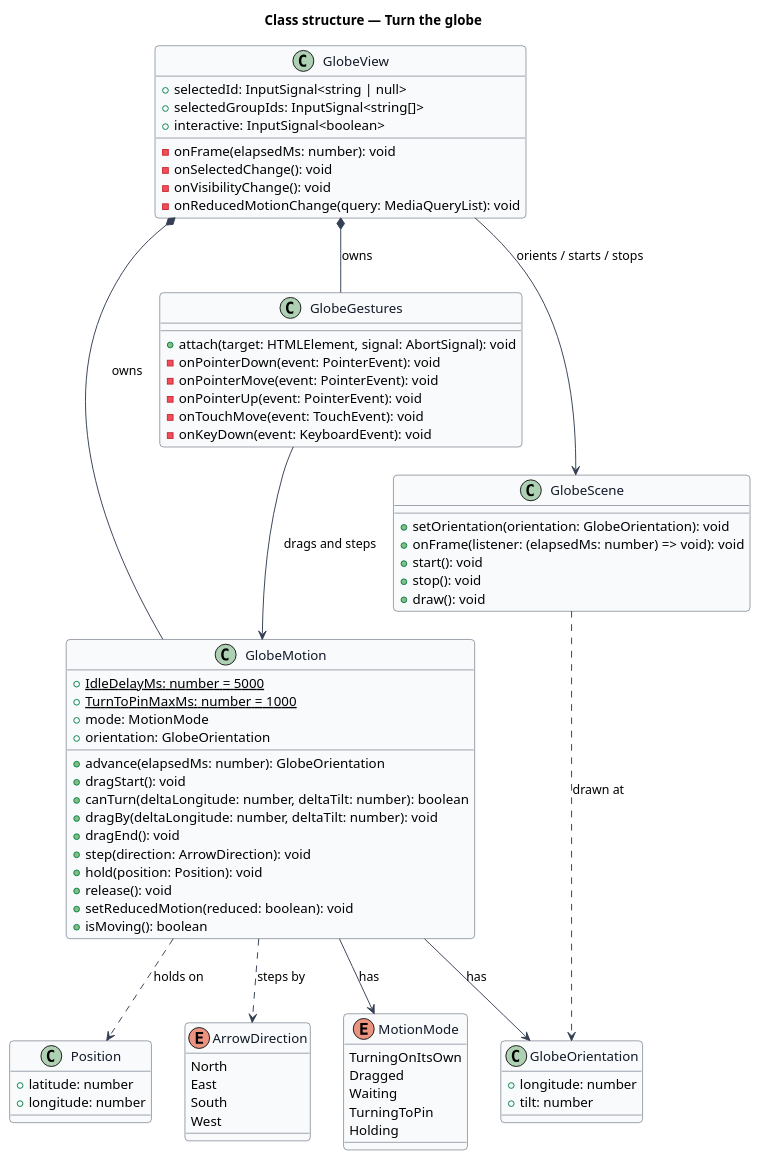
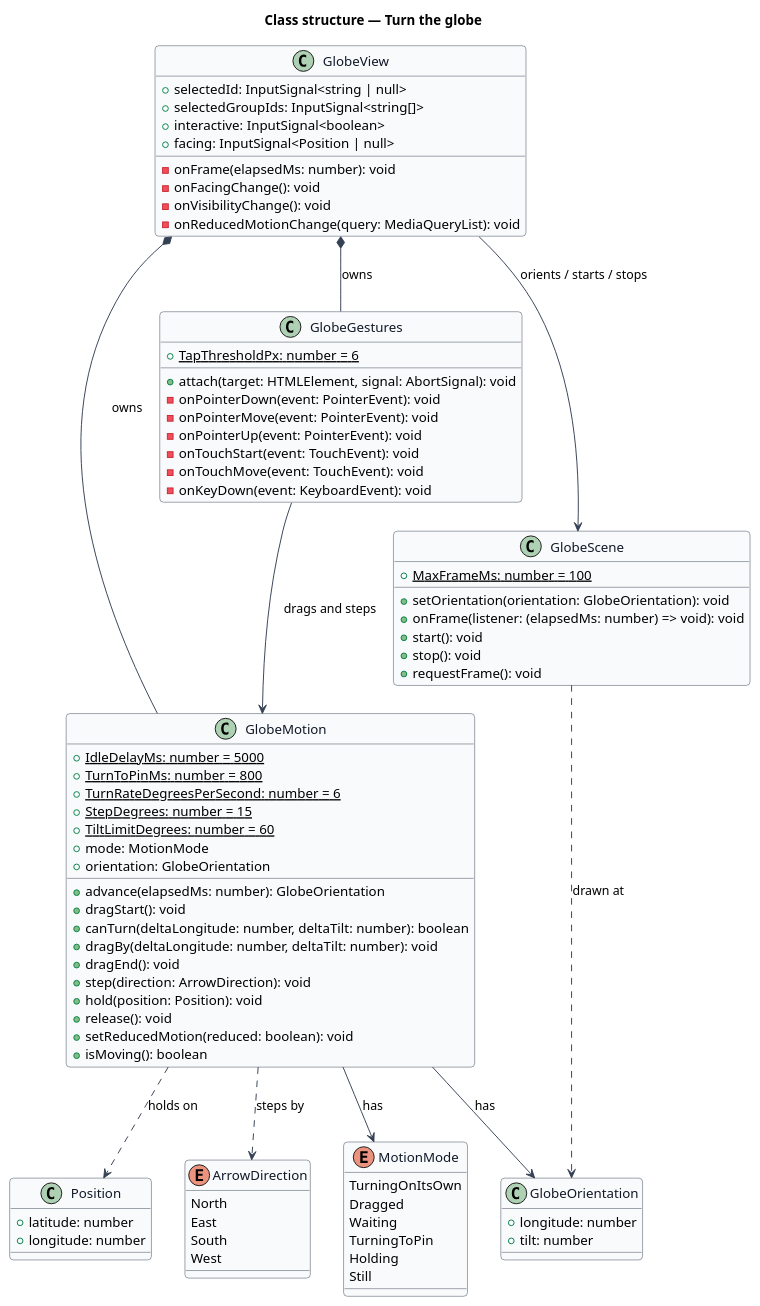
Before and after one commit to QuinntyneBrown/Mondino: the diagram in docs/detailed-designs/globe/turn-globe/diagrams/class-structure.puml, drawn with PlantUML. The commit also changed 8 other files, not shown here.

```diff
--- a/docs/detailed-designs/globe/turn-globe/diagrams/class-structure.puml
+++ b/docs/detailed-designs/globe/turn-globe/diagrams/class-structure.puml
@@ -1,92 +1,100 @@
 @startuml
 skinparam backgroundColor #FFFFFF
 skinparam shadowing false
 skinparam roundcorner 8
 skinparam defaultFontName Arial
 skinparam ArrowColor #344054
 skinparam class {
   BorderColor #344054
   FontColor #101828
   BackgroundColor #F9FAFB
 }
 title Class structure — Turn the globe
 
 enum MotionMode {
   TurningOnItsOwn
   Dragged
   Waiting
   TurningToPin
   Holding
+  Still
 }
 
 enum ArrowDirection {
   North
   East
   South
   West
 }
 
 class GlobeOrientation {
   +longitude: number
   +tilt: number
 }
 
 class GlobeMotion {
   {static} +IdleDelayMs: number = 5000
-  {static} +TurnToPinMaxMs: number = 1000
+  {static} +TurnToPinMs: number = 800
+  {static} +TurnRateDegreesPerSecond: number = 6
+  {static} +StepDegrees: number = 15
+  {static} +TiltLimitDegrees: number = 60
   +mode: MotionMode
   +orientation: GlobeOrientation
   +advance(elapsedMs: number): GlobeOrientation
   +dragStart(): void
   +canTurn(deltaLongitude: number, deltaTilt: number): boolean
   +dragBy(deltaLongitude: number, deltaTilt: number): void
   +dragEnd(): void
   +step(direction: ArrowDirection): void
   +hold(position: Position): void
   +release(): void
   +setReducedMotion(reduced: boolean): void
   +isMoving(): boolean
 }
 
 class GlobeGestures {
+  {static} +TapThresholdPx: number = 6
   +attach(target: HTMLElement, signal: AbortSignal): void
   -onPointerDown(event: PointerEvent): void
   -onPointerMove(event: PointerEvent): void
   -onPointerUp(event: PointerEvent): void
+  -onTouchStart(event: TouchEvent): void
   -onTouchMove(event: TouchEvent): void
   -onKeyDown(event: KeyboardEvent): void
 }
 
 class GlobeView {
   +selectedId: InputSignal<string | null>
   +selectedGroupIds: InputSignal<string[]>
   +interactive: InputSignal<boolean>
+  +facing: InputSignal<Position | null>
   -onFrame(elapsedMs: number): void
-  -onSelectedChange(): void
+  -onFacingChange(): void
   -onVisibilityChange(): void
   -onReducedMotionChange(query: MediaQueryList): void
 }
 
 class GlobeScene {
+  {static} +MaxFrameMs: number = 100
   +setOrientation(orientation: GlobeOrientation): void
   +onFrame(listener: (elapsedMs: number) => void): void
   +start(): void
   +stop(): void
-  +draw(): void
+  +requestFrame(): void
 }
 
 class Position {
   +latitude: number
   +longitude: number
 }
 
 GlobeView *-- GlobeMotion : owns
 GlobeView *-- GlobeGestures : owns
 GlobeView --> GlobeScene : orients / starts / stops
 GlobeGestures --> GlobeMotion : drags and steps
 GlobeMotion --> MotionMode : has
 GlobeMotion --> GlobeOrientation : has
 GlobeMotion ..> ArrowDirection : steps by
 GlobeMotion ..> Position : holds on
 GlobeScene ..> GlobeOrientation : drawn at
 @enduml
```
